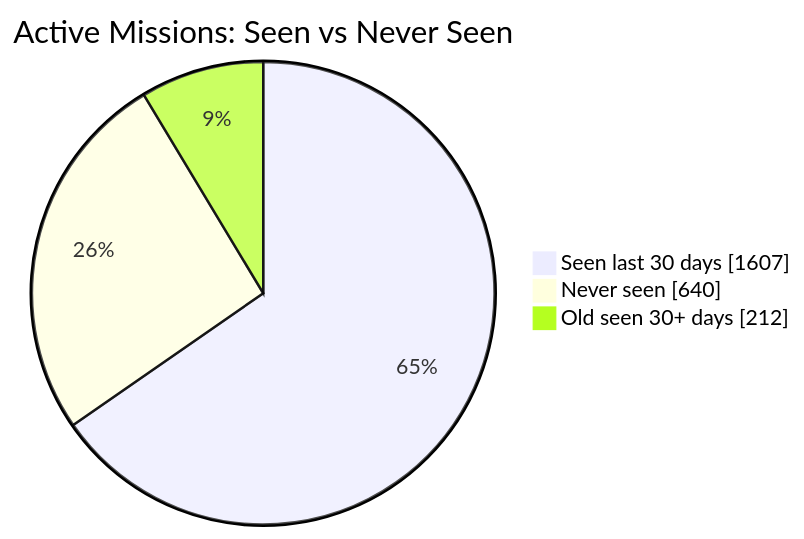
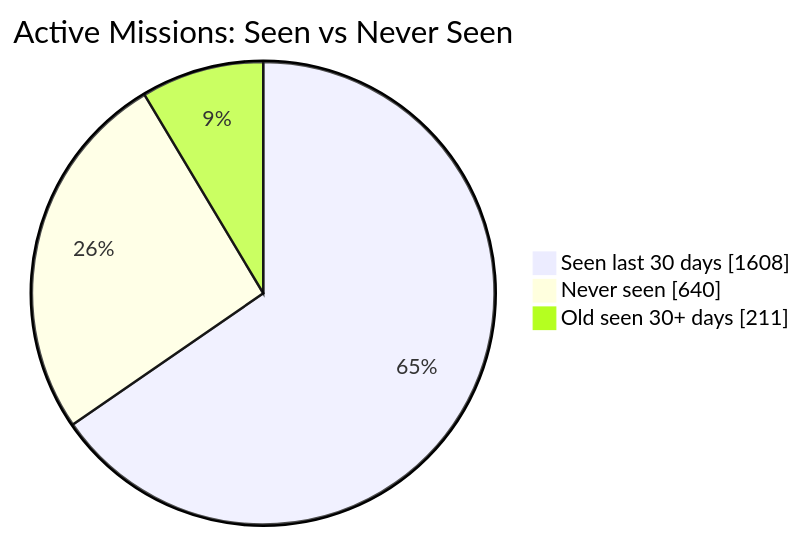
Before and after one commit to MeldkamerspelGameTeam/active-missions: the first of 2 diagrams in README.md, drawn with Mermaid. The commit also changed other lines of this file and 3 other files, not shown here.

````diff
--- a/README.md
+++ b/README.md
@@ -34,7 +34,7 @@
 ```mermaid
 pie showData
     title Active Missions: Seen vs Never Seen
-    "Seen last 30 days" : 1607
+    "Seen last 30 days" : 1608
     "Never seen" : 640
-    "Old seen 30+ days" : 212
+    "Old seen 30+ days" : 211
 ```
````
